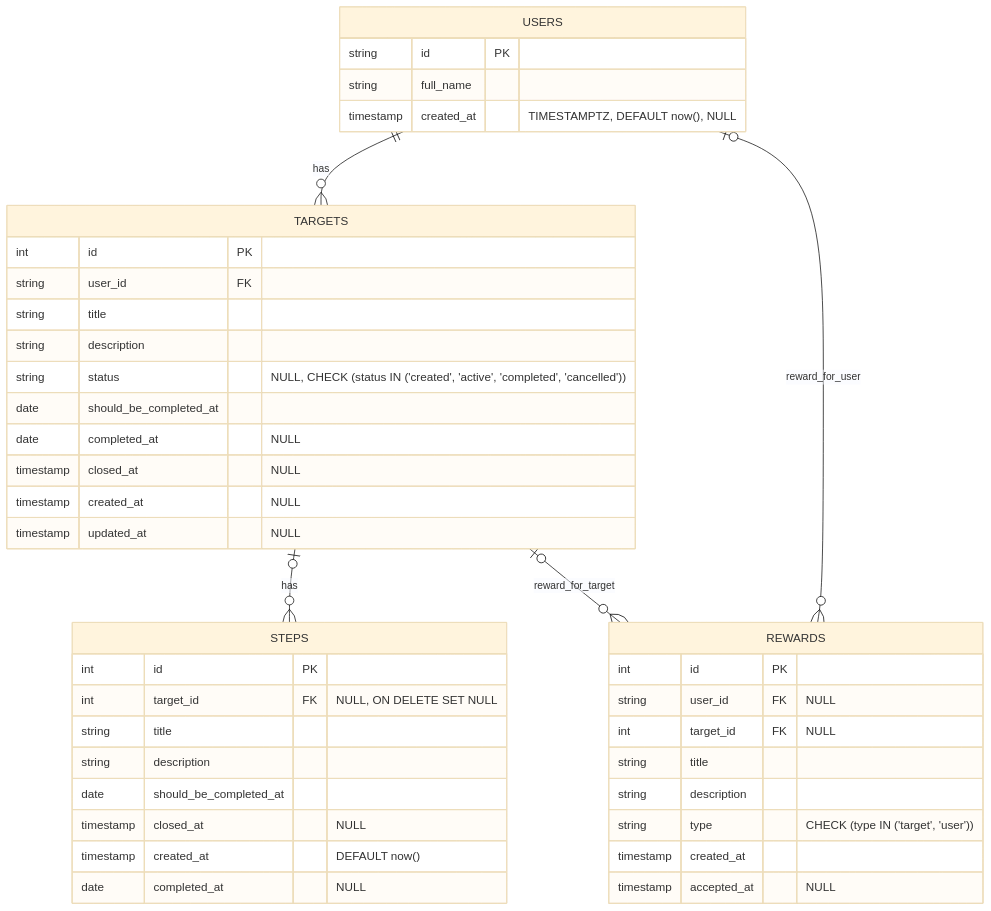
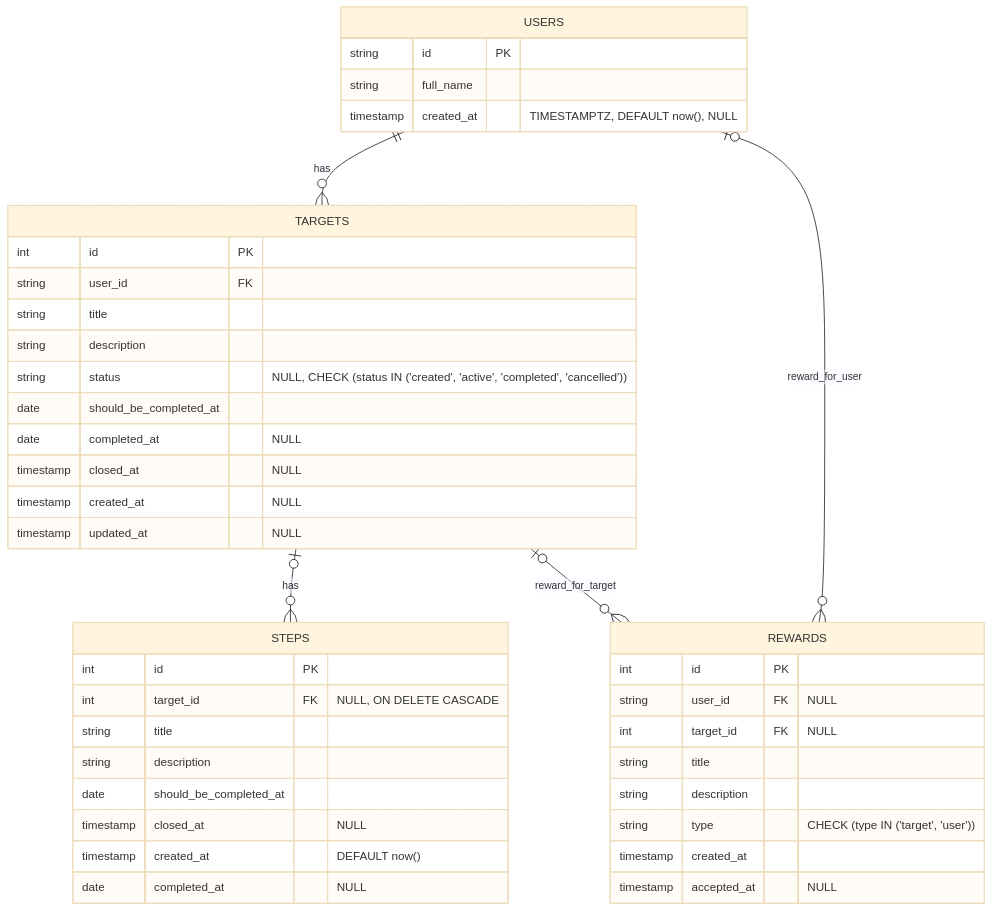
One commit to alexanderKaramushko/goals-service changed the diagram in docs/docs/Документация/3-data-models.md. Above: the diagram before and after it, drawn with Mermaid (base theme). The commit also changed 12 other files, not shown here.

````diff
--- a/docs/docs/Документация/3-data-models.md
+++ b/docs/docs/Документация/3-data-models.md
@@ -13,45 +13,45 @@
 ```mermaid
 erDiagram
     USERS {
       string id PK
       string full_name
       timestamp created_at "TIMESTAMPTZ, DEFAULT now(), NULL"
     }
     TARGETS {
       int id PK
       string user_id FK
       string title
       string description
       string status "NULL, CHECK (status IN ('created', 'active', 'completed', 'cancelled'))"
       date should_be_completed_at
       date completed_at "NULL"
       timestamp closed_at "NULL"
       timestamp created_at "NULL"
       timestamp updated_at "NULL"
     }
     STEPS {
       int id PK
-      int target_id FK "NULL, ON DELETE SET NULL"
+      int target_id FK "NULL, ON DELETE CASCADE"
       string title
       string description
       date should_be_completed_at
       timestamp closed_at "NULL"
       timestamp created_at "DEFAULT now()"
       date completed_at "NULL"
     }
     REWARDS {
       int id PK
       string user_id FK "NULL"
       int target_id FK "NULL"
       string title
       string description
       string type "CHECK (type IN ('target', 'user'))"
       timestamp created_at
       timestamp accepted_at "NULL"
     }
 
     USERS ||--o{ TARGETS : has
     TARGETS |o--o{ STEPS : has
     TARGETS |o--o{ REWARDS : reward_for_target
     USERS |o--o{ REWARDS : reward_for_user
 ```
````
